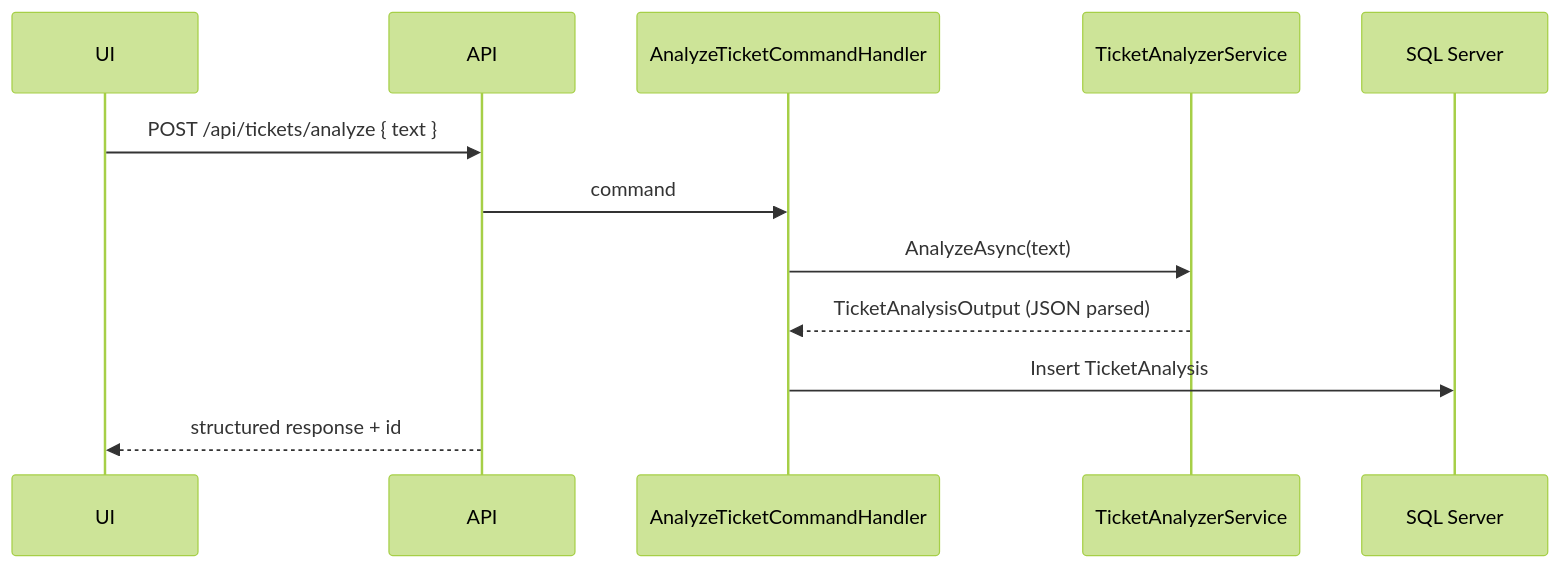
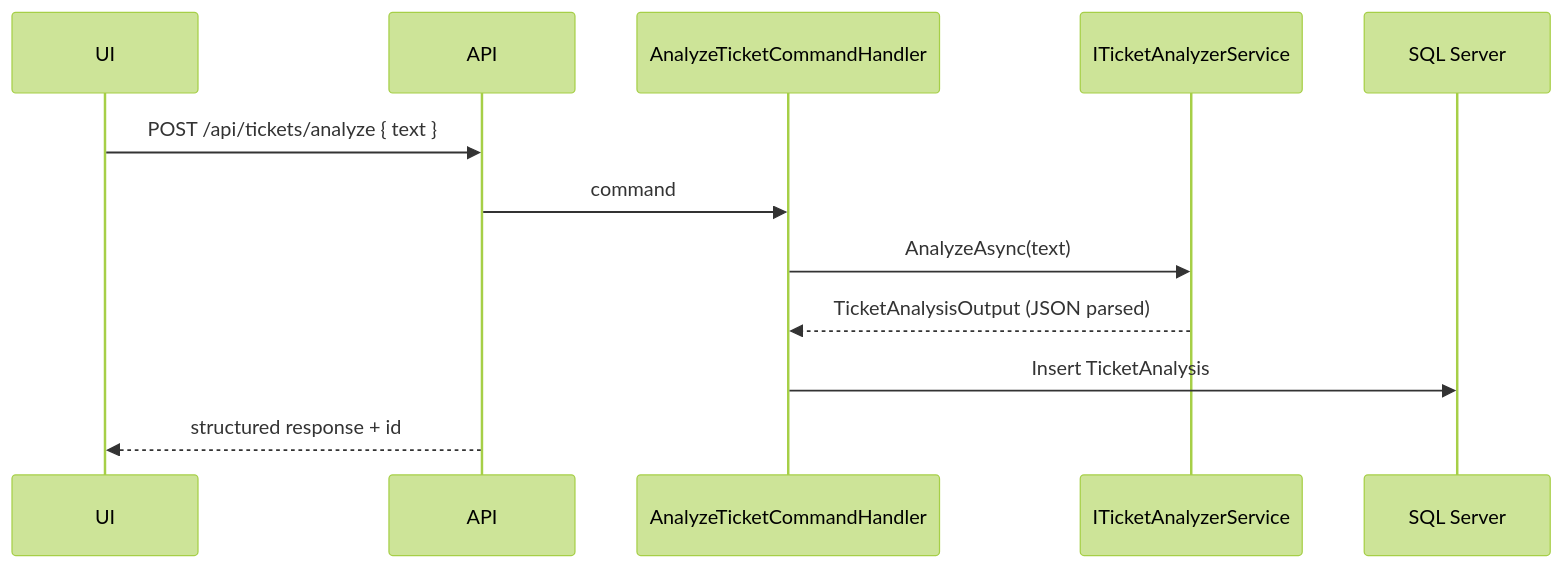
One commit to peter255/devassist-ai-workspace changed the third of 4 diagrams in docs/architecture.md. Above: the diagram before and after it, drawn with Mermaid (forest theme). The commit also changed other lines of this file and 18 other files, not shown here.

````diff
--- a/docs/architecture.md
+++ b/docs/architecture.md
@@ -117,15 +131,15 @@
 ```mermaid
 sequenceDiagram
     participant UI
     participant API
     participant Handler as AnalyzeTicketCommandHandler
-    participant AI as TicketAnalyzerService
+    participant AI as ITicketAnalyzerService
     participant DB as SQL Server
 
     UI->>API: POST /api/tickets/analyze { text }
     API->>Handler: command
     Handler->>AI: AnalyzeAsync(text)
     AI-->>Handler: TicketAnalysisOutput (JSON parsed)
     Handler->>DB: Insert TicketAnalysis
     API-->>UI: structured response + id
 ```
````
